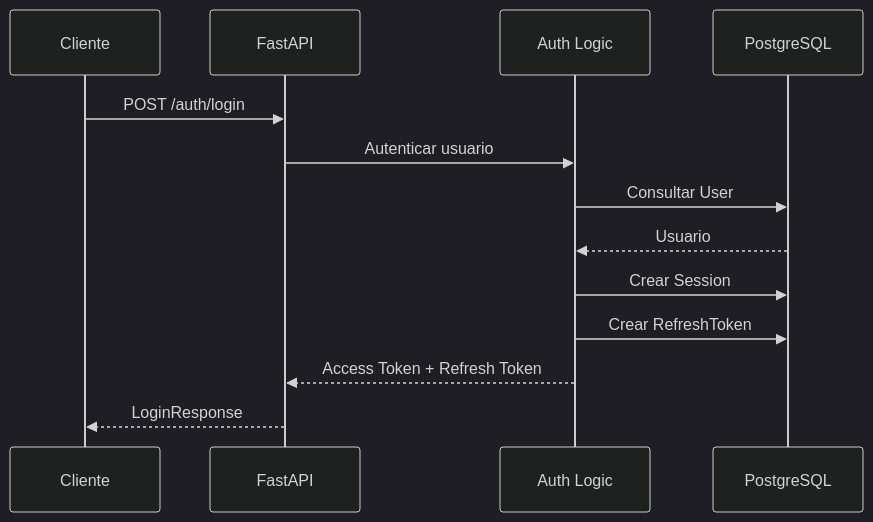
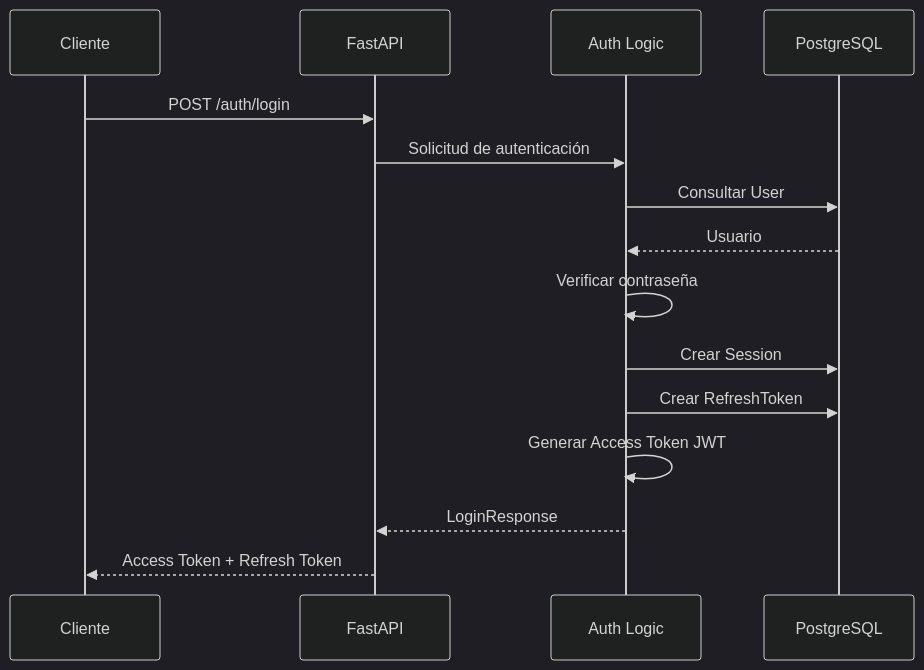
The fifth of 22 diagrams in docs/060_API.md (chirijose79-ui/Chiri), drawn with Mermaid (dark theme) before and after one commit. The commit also changed other lines of this file, not shown here.

Commit message:
docs(api): update API error contract

````diff
--- a/docs/060_API.md
+++ b/docs/060_API.md
@@ -415,17 +477,19 @@
-```mermaid
+```mermaid id="5r8m2x"
 sequenceDiagram
 
     participant C as Cliente
     participant API as FastAPI
     participant App as Auth Logic
     participant DB as PostgreSQL
 
     C->>API: POST /auth/login
-    API->>App: Autenticar usuario
+    API->>App: Solicitud de autenticación
     App->>DB: Consultar User
     DB-->>App: Usuario
+    App->>App: Verificar contraseña
     App->>DB: Crear Session
     App->>DB: Crear RefreshToken
-    App-->>API: Access Token + Refresh Token
-    API-->>C: LoginResponse
+    App->>App: Generar Access Token JWT
+    App-->>API: LoginResponse
+    API-->>C: Access Token + Refresh Token
 ```
````
